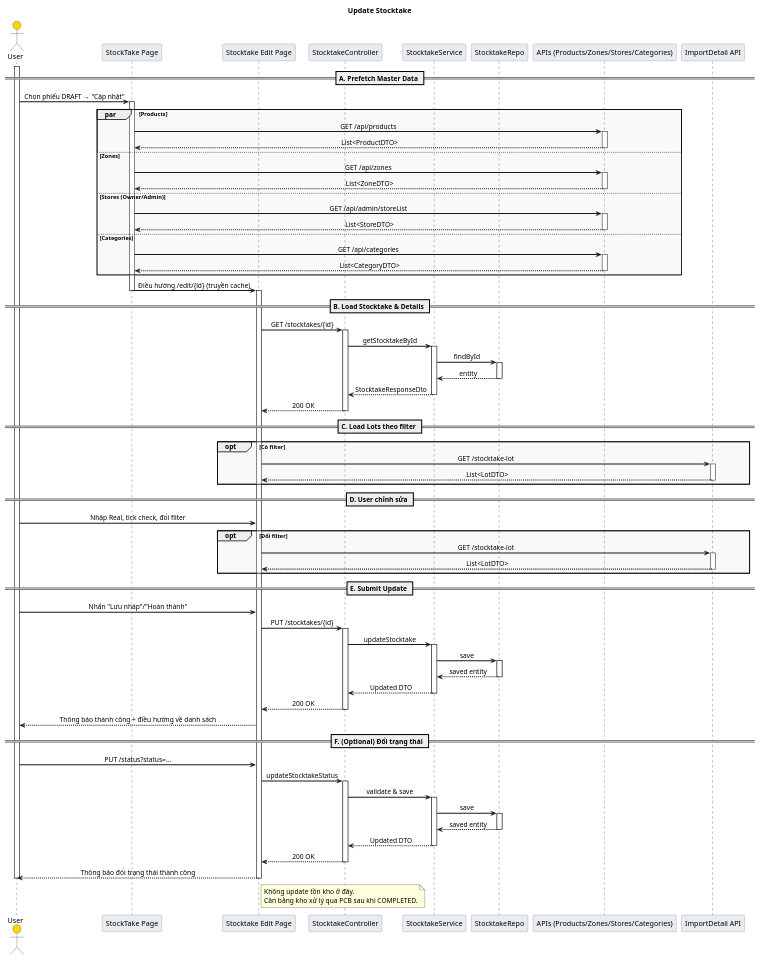
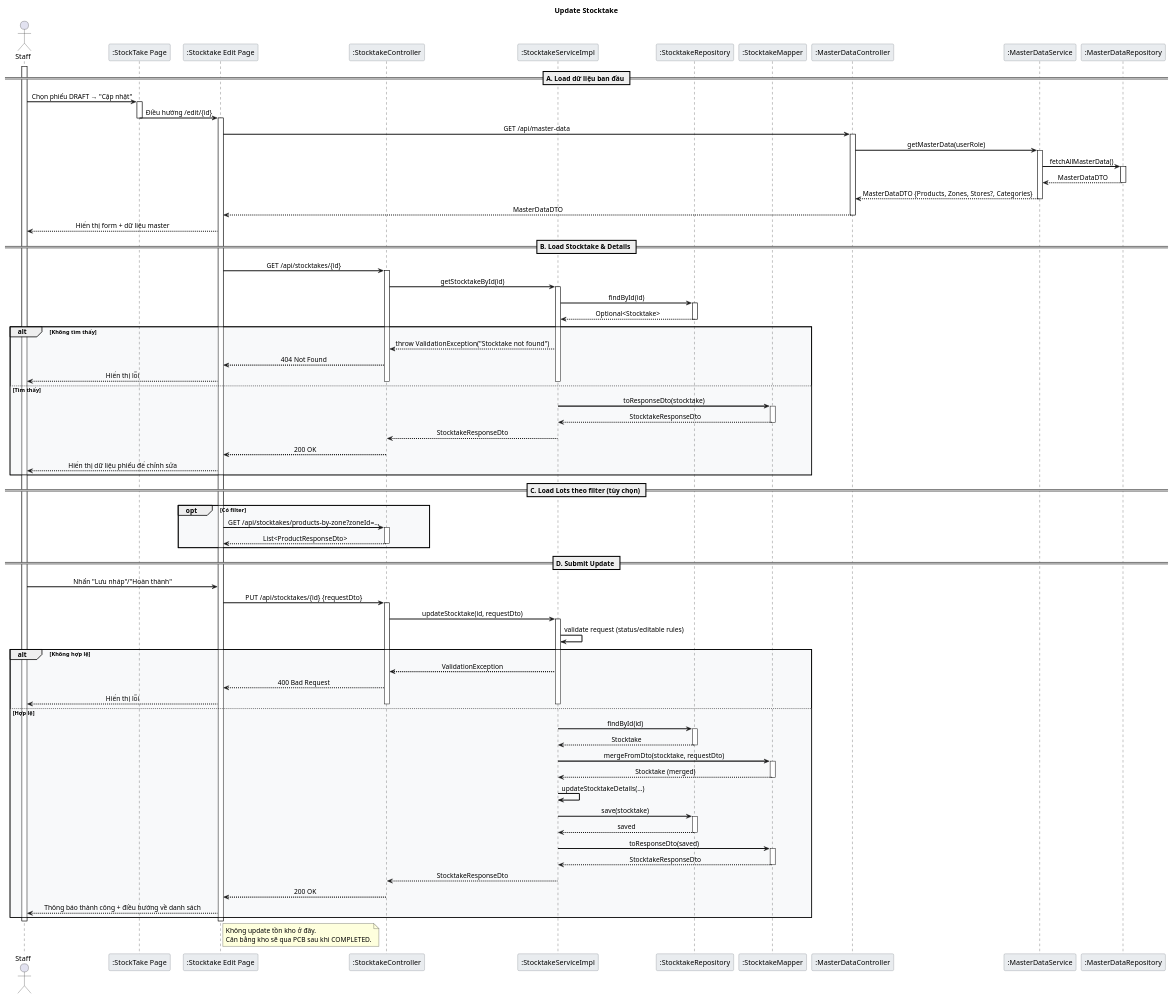
Before and after one commit to LamVNT/Farmovo: the diagram in Stocktake_Update_Sequence.puml, drawn with PlantUML. The commit also changed 20 other files, not shown here.

Commit message:
Fix Sequence diagram

```diff
--- a/Stocktake_Update_Sequence.puml
+++ b/Stocktake_Update_Sequence.puml
@@ -1,123 +1,129 @@
 @startuml Stocktake_Update_Short_Full_Lifeline
 
 skinparam backgroundColor white
 skinparam sequenceArrowThickness 2
 skinparam sequenceMessageAlign center
 skinparam sequenceGroupBodyBackgroundColor #F8F9FA
 skinparam sequenceParticipantBorderColor #6C757D
 skinparam sequenceParticipantBackgroundColor #E9ECEF
 skinparam sequenceLifeLineStroke dash
-skinparam actorBackgroundColor #FFD700
 
 title Update Stocktake
 
-actor User
-participant "StockTake Page" as ListUI
-participant "Stocktake Edit Page" as EditUI
-participant "StocktakeController" as Controller
-participant "StocktakeService" as Service
-participant "StocktakeRepo" as Repo
-participant "APIs (Products/Zones/Stores/Categories)" as MasterAPI
-participant "ImportDetail API" as LotAPI
+actor Staff
+participant ":StockTake Page" as ListUI
+participant ":Stocktake Edit Page" as EditUI
+participant ":StocktakeController" as Controller
+participant ":StocktakeServiceImpl" as Service
+participant ":StocktakeRepository" as Repo
+participant ":StocktakeMapper" as Mapper
+participant ":MasterDataController" as MasterDataCtrl
+participant ":MasterDataService" as MasterDataSvc
+participant ":MasterDataRepository" as MasterDataRepo
 
-== A. Prefetch Master Data ==
-activate User
-User -> ListUI: Chọn phiếu DRAFT → "Cập nhật"
+== A. Load dữ liệu ban đầu ==
+activate Staff
+Staff -> ListUI: Chọn phiếu DRAFT → "Cập nhật"
 activate ListUI
-par Products
-  ListUI -> MasterAPI: GET /api/products
-  activate MasterAPI
-  MasterAPI --> ListUI: List<ProductDTO>
-  deactivate MasterAPI
-else Zones
-  ListUI -> MasterAPI: GET /api/zones
-  activate MasterAPI
-  MasterAPI --> ListUI: List<ZoneDTO>
-  deactivate MasterAPI
-else Stores (Owner/Admin)
-  ListUI -> MasterAPI: GET /api/admin/storeList
-  activate MasterAPI
-  MasterAPI --> ListUI: List<StoreDTO>
-  deactivate MasterAPI
-else Categories
-  ListUI -> MasterAPI: GET /api/categories
-  activate MasterAPI
-  MasterAPI --> ListUI: List<CategoryDTO>
-  deactivate MasterAPI
-end
-ListUI -> EditUI: Điều hướng /edit/{id} (truyền cache)
+ListUI -> EditUI: Điều hướng /edit/{id}
 deactivate ListUI
 activate EditUI
 
+EditUI -> MasterDataCtrl: GET /api/master-data
+activate MasterDataCtrl
+MasterDataCtrl -> MasterDataSvc: getMasterData(userRole)
+activate MasterDataSvc
+MasterDataSvc -> MasterDataRepo: fetchAllMasterData()
+activate MasterDataRepo
+MasterDataRepo --> MasterDataSvc: MasterDataDTO
+deactivate MasterDataRepo
+MasterDataSvc --> MasterDataCtrl: MasterDataDTO {Products, Zones, Stores?, Categories}
+deactivate MasterDataSvc
+MasterDataCtrl --> EditUI: MasterDataDTO
+deactivate MasterDataCtrl
+
+EditUI --> Staff: Hiển thị form + dữ liệu master
+
 == B. Load Stocktake & Details ==
-EditUI -> Controller: GET /stocktakes/{id}
+EditUI -> Controller: GET /api/stocktakes/{id}
 activate Controller
-Controller -> Service: getStocktakeById
+Controller -> Service: getStocktakeById(id)
 activate Service
-Service -> Repo: findById
+Service -> Repo: findById(id)
 activate Repo
-Repo --> Service: entity
+Repo --> Service: Optional<Stocktake>
 deactivate Repo
-Service --> Controller: StocktakeResponseDto
-deactivate Service
-Controller --> EditUI: 200 OK
-deactivate Controller
-
-== C. Load Lots theo filter ==
-opt Có filter
-  EditUI -> LotAPI: GET /stocktake-lot
-  activate LotAPI
-  LotAPI --> EditUI: List<LotDTO>
-  deactivate LotAPI
+alt Không tìm thấy
+    Service --> Controller: throw ValidationException("Stocktake not found")
+    Controller --> EditUI: 404 Not Found
+    EditUI --> Staff: Hiển thị lỗi
+    deactivate Service
+    deactivate Controller
+else Tìm thấy
+    Service -> Mapper: toResponseDto(stocktake)
+    activate Mapper
+    Mapper --> Service: StocktakeResponseDto
+    deactivate Mapper
+    Service --> Controller: StocktakeResponseDto
+    deactivate Service
+    Controller --> EditUI: 200 OK
+    deactivate Controller
+    EditUI --> Staff: Hiển thị dữ liệu phiếu để chỉnh sửa
 end
 
-== D. User chỉnh sửa ==
-User -> EditUI: Nhập Real, tick check, đổi filter
-opt Đổi filter
-  EditUI -> LotAPI: GET /stocktake-lot
-  activate LotAPI
-  LotAPI --> EditUI: List<LotDTO>
-  deactivate LotAPI
+== C. Load Lots theo filter (tùy chọn) ==
+opt Có filter
+  EditUI -> Controller: GET /api/stocktakes/products-by-zone?zoneId=...
+  activate Controller
+  Controller --> EditUI: List<ProductResponseDto>
+  deactivate Controller
 end
 
-== E. Submit Update ==
-User -> EditUI: Nhấn "Lưu nháp"/"Hoàn thành"
-EditUI -> Controller: PUT /stocktakes/{id}
+== D. Submit Update ==
+Staff -> EditUI: Nhấn "Lưu nháp"/"Hoàn thành"
+EditUI -> Controller: PUT /api/stocktakes/{id} {requestDto}
 activate Controller
-Controller -> Service: updateStocktake
+Controller -> Service: updateStocktake(id, requestDto)
 activate Service
-Service -> Repo: save
-activate Repo
-Repo --> Service: saved entity
-deactivate Repo
-Service --> Controller: Updated DTO
-deactivate Service
-Controller --> EditUI: 200 OK
-deactivate Controller
-EditUI --> User: Thông báo thành công + điều hướng về danh sách
 
-== F. (Optional) Đổi trạng thái ==
-User -> EditUI: PUT /status?status=...
-EditUI -> Controller: updateStocktakeStatus
-activate Controller
-Controller -> Service: validate & save
-activate Service
-Service -> Repo: save
-activate Repo
-Repo --> Service: saved entity
-deactivate Repo
-Service --> Controller: Updated DTO
-deactivate Service
-Controller --> EditUI: 200 OK
-deactivate Controller
-EditUI --> User: Thông báo đổi trạng thái thành công
+Service -> Service: validate request (status/editable rules)
+alt Không hợp lệ
+  Service --> Controller: ValidationException
+  Controller --> EditUI: 400 Bad Request
+  EditUI --> Staff: Hiển thị lỗi
+  deactivate Service
+  deactivate Controller
+else Hợp lệ
+  Service -> Repo: findById(id)
+  activate Repo
+  Repo --> Service: Stocktake
+  deactivate Repo
+  Service -> Mapper: mergeFromDto(stocktake, requestDto)
+  activate Mapper
+  Mapper --> Service: Stocktake (merged)
+  deactivate Mapper
+  Service -> Service: updateStocktakeDetails(...)
+  Service -> Repo: save(stocktake)
+  activate Repo
+  Repo --> Service: saved
+  deactivate Repo
+  Service -> Mapper: toResponseDto(saved)
+  activate Mapper
+  Mapper --> Service: StocktakeResponseDto
+  deactivate Mapper
+  Service --> Controller: StocktakeResponseDto
+  deactivate Service
+  Controller --> EditUI: 200 OK
+  deactivate Controller
+  EditUI --> Staff: Thông báo thành công + điều hướng về danh sách
+end
 
 deactivate EditUI
-deactivate User
+deactivate Staff
 
 note right of EditUI
   Không update tồn kho ở đây.
-  Cân bằng kho xử lý qua PCB sau khi COMPLETED.
+  Cân bằng kho sẽ qua PCB sau khi COMPLETED.
 end note
 
 @enduml
```
